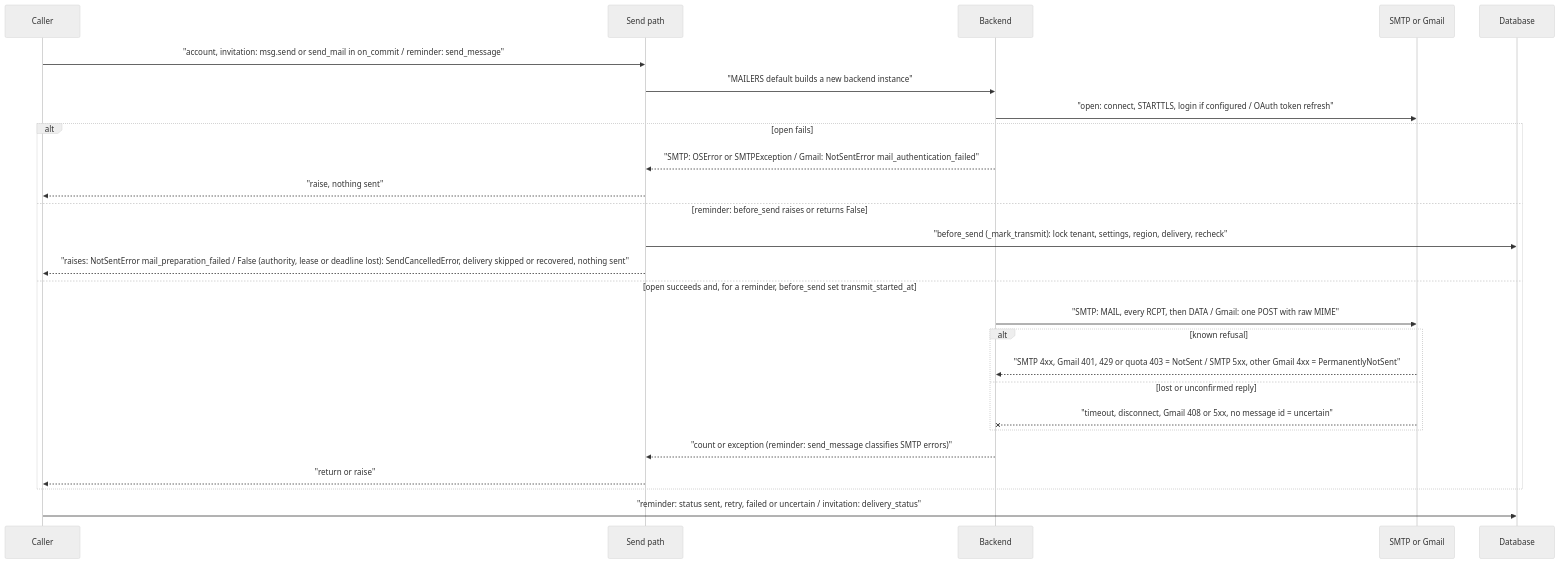
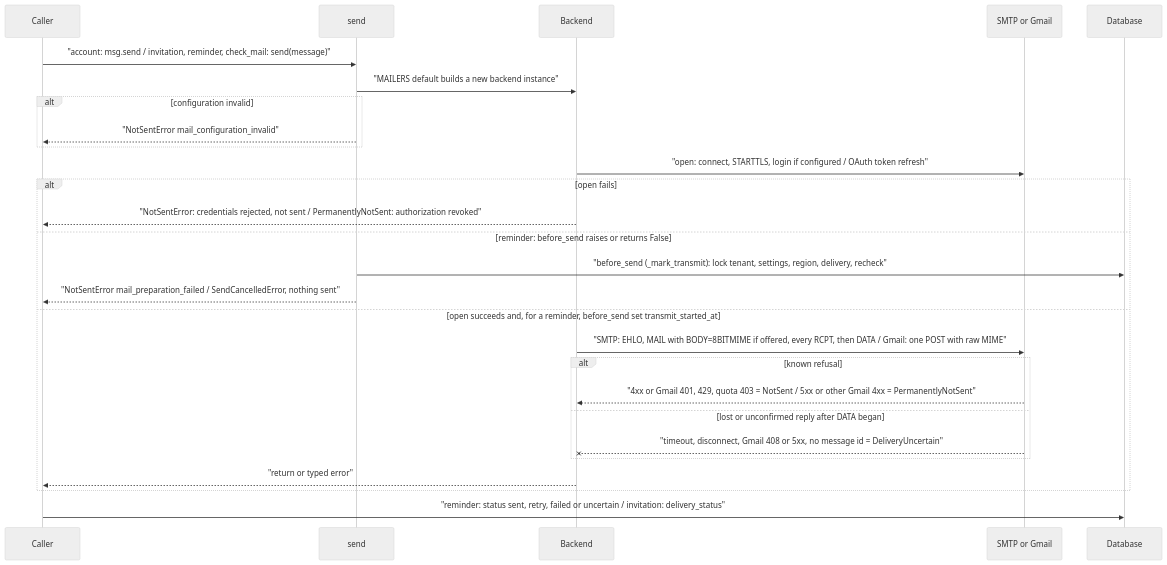
One commit to erkurtharun/pyracast changed the diagram in docs/flows/email-transport.md. Above: the diagram before and after it, drawn with Mermaid (neutral theme). The commit also changed other lines of this file and 11 other files, not shown here.

First line of the commit message:
Describe the mail package, check_mail and product account mail in the documents

````diff
--- a/docs/flows/email-transport.md
+++ b/docs/flows/email-transport.md
@@ -16,28 +17,29 @@
 ```mermaid
 sequenceDiagram
     participant C as Caller
-    participant M as Send path
+    participant M as send
     participant B as Backend
     participant X as SMTP or Gmail
     participant D as Database
-    C->>M: "account, invitation: msg.send or send_mail in on_commit / reminder: send_message"
+    C->>M: "account: msg.send / invitation, reminder, check_mail: send(message)"
     M->>B: "MAILERS default builds a new backend instance"
+    alt configuration invalid
+        M-->>C: "NotSentError mail_configuration_invalid"
+    end
     B->>X: "open: connect, STARTTLS, login if configured / OAuth token refresh"
     alt open fails
-        B-->>M: "SMTP: OSError or SMTPException / Gmail: NotSentError mail_authentication_failed"
-        M-->>C: "raise, nothing sent"
+        B-->>C: "NotSentError: credentials rejected, not sent / PermanentlyNotSent: authorization revoked"
     else reminder: before_send raises or returns False
         M->>D: "before_send (_mark_transmit): lock tenant, settings, region, delivery, recheck"
-        M-->>C: "raises: NotSentError mail_preparation_failed / False (authority, lease or deadline lost): SendCancelledError, delivery skipped or recovered, nothing sent"
+        M-->>C: "NotSentError mail_preparation_failed / SendCancelledError, nothing sent"
     else open succeeds and, for a reminder, before_send set transmit_started_at
-        B->>X: "SMTP: MAIL, every RCPT, then DATA / Gmail: one POST with raw MIME"
+        B->>X: "SMTP: EHLO, MAIL with BODY=8BITMIME if offered, every RCPT, then DATA / Gmail: one POST with raw MIME"
         alt known refusal
-            X-->>B: "SMTP 4xx, Gmail 401, 429 or quota 403 = NotSent / SMTP 5xx, other Gmail 4xx = PermanentlyNotSent"
-        else lost or unconfirmed reply
-            X--xB: "timeout, disconnect, Gmail 408 or 5xx, no message id = uncertain"
+            X-->>B: "4xx or Gmail 401, 429, quota 403 = NotSent / 5xx or other Gmail 4xx = PermanentlyNotSent"
+        else lost or unconfirmed reply after DATA began
+            X--xB: "timeout, disconnect, Gmail 408 or 5xx, no message id = DeliveryUncertain"
         end
-        B-->>M: "count or exception (reminder: send_message classifies SMTP errors)"
-        M-->>C: "return or raise"
+        B-->>C: "return or typed error"
     end
     C->>D: "reminder: status sent, retry, failed or uncertain / invitation: delivery_status"
 ```
````
